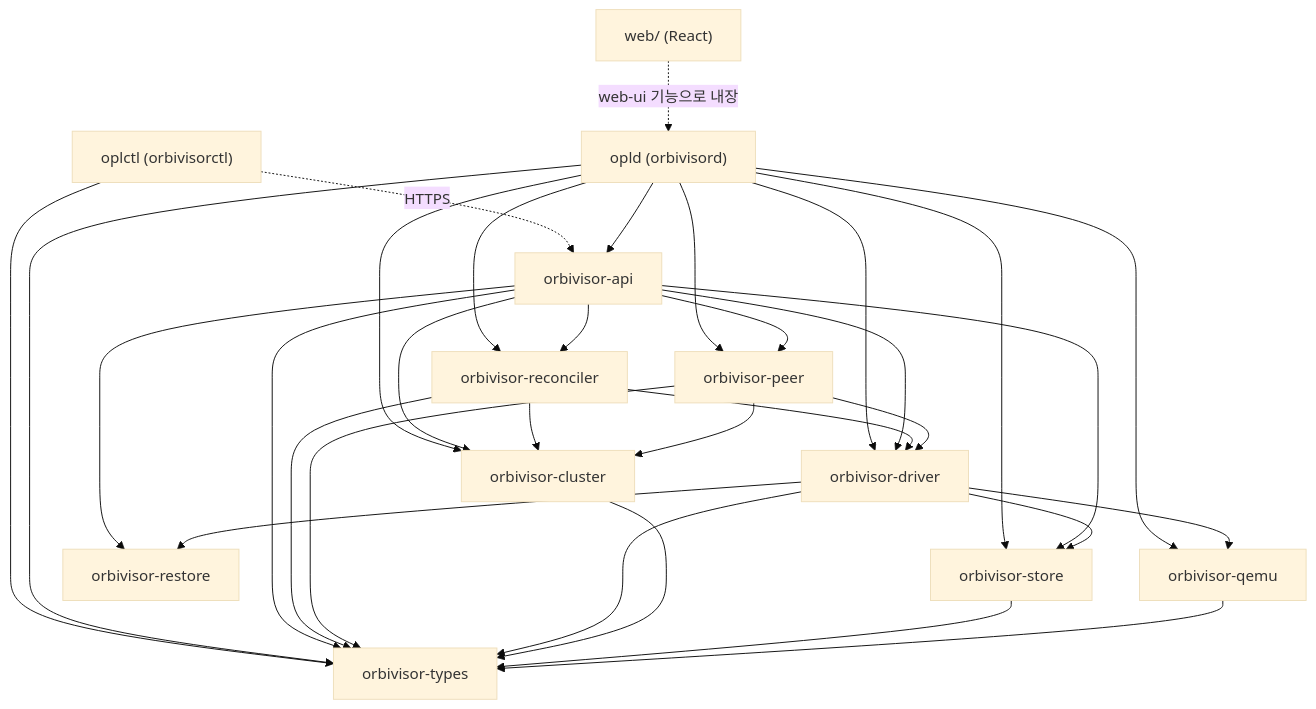
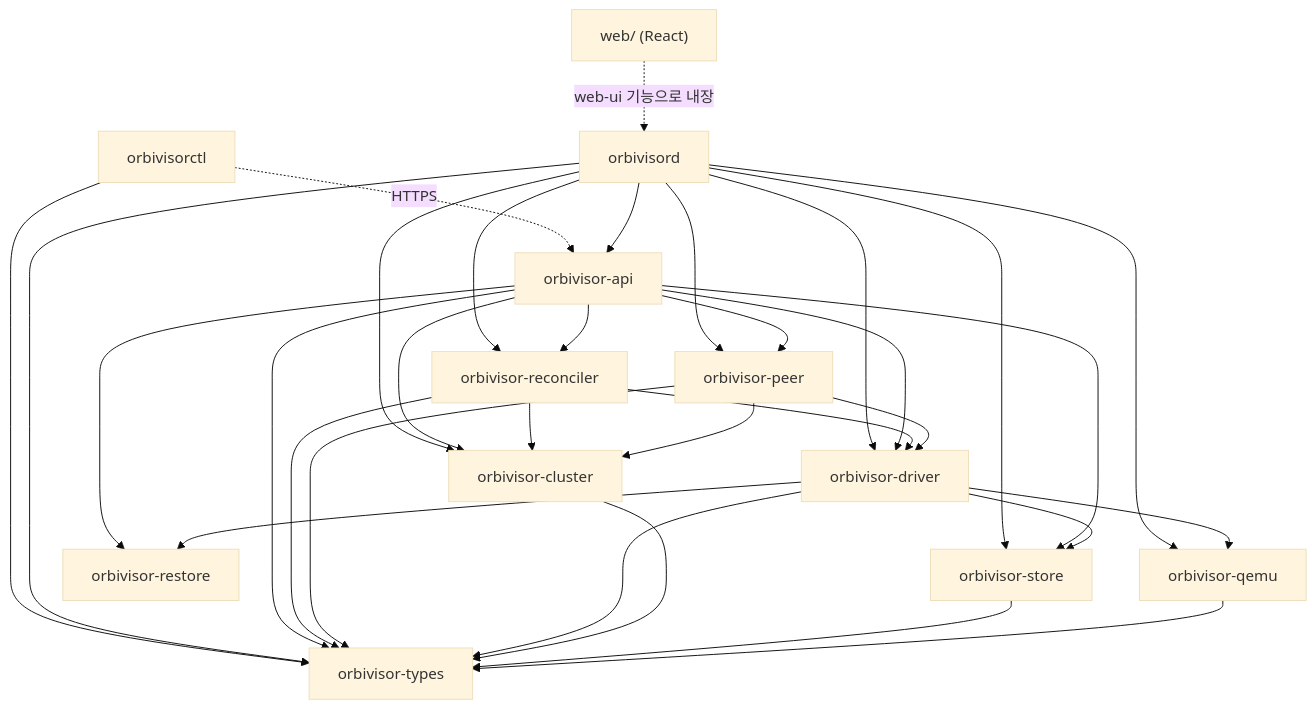
The first of 16 diagrams in docs/architecture.md (gaiger777/opLite), drawn with Mermaid (base theme) before and after one commit. The commit also changed other lines of this file and 19 other files, not shown here.

````diff
--- a/docs/architecture.md
+++ b/docs/architecture.md
@@ -83,36 +83,36 @@
 ```mermaid
 graph TD
   types[orbivisor-types]
   qemu[orbivisor-qemu] --> types
   store[orbivisor-store] --> types
   restore[orbivisor-restore]
   cluster[orbivisor-cluster] --> types
   driver[orbivisor-driver] --> qemu
   driver --> types
   driver --> store
   driver --> restore
   peer[orbivisor-peer] --> cluster
   peer --> driver
   peer --> types
   rec[orbivisor-reconciler] --> cluster
   rec --> driver
   rec --> types
   api[orbivisor-api] --> cluster
   api --> driver
   api --> peer
   api --> rec
   api --> types
   api --> store
   api --> restore
-  opld["opld (orbivisord)"] --> api
-  opld --> rec
-  opld --> peer
-  opld --> cluster
-  opld --> driver
-  opld --> qemu
-  opld --> types
-  opld --> store
-  ctl["oplctl (orbivisorctl)"] --> types
-  web["web/ (React)"] -. "web-ui 기능으로 내장" .-> opld
+  orbivisord["orbivisord"] --> api
+  orbivisord --> rec
+  orbivisord --> peer
+  orbivisord --> cluster
+  orbivisord --> driver
+  orbivisord --> qemu
+  orbivisord --> types
+  orbivisord --> store
+  ctl["orbivisorctl"] --> types
+  web["web/ (React)"] -. "web-ui 기능으로 내장" .-> orbivisord
   ctl -. HTTPS .-> api
 ```
````
